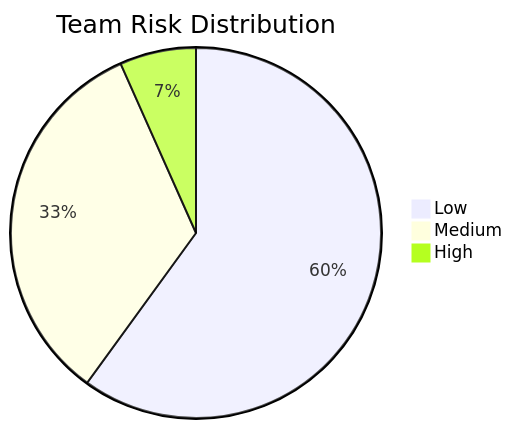
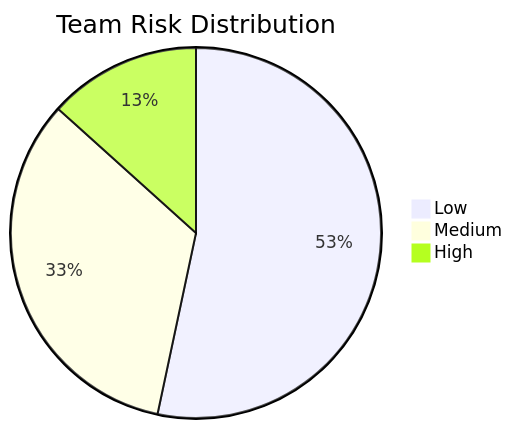
One commit to techsuresh82/fpl-analyzer changed the third of 6 diagrams in fpl_report.md. Above: the diagram before and after it, drawn with Mermaid. The commit also changed other lines of this file, not shown here.

````diff
--- a/fpl_report.md
+++ b/fpl_report.md
@@ -180,6 +177,6 @@
 ```mermaid
 pie title Team Risk Distribution
-    "Low" : 9
+    "Low" : 8
     "Medium" : 5
-    "High" : 1
+    "High" : 2
 ```
````
